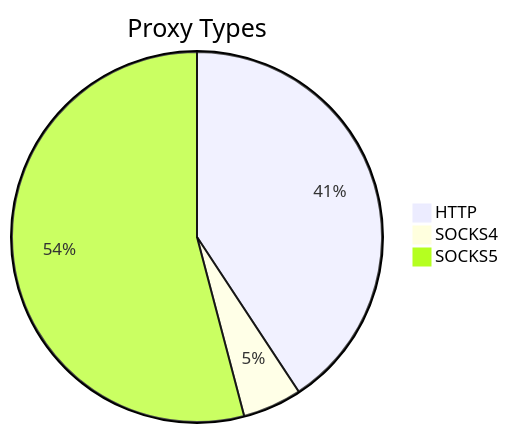
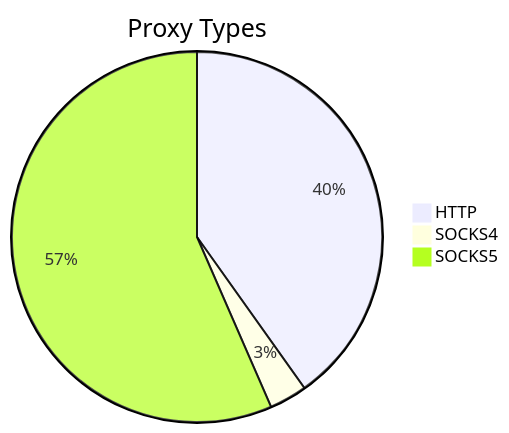
The first of 2 diagrams in README.md (stormsia/proxy-list), drawn with Mermaid before and after one commit. The commit also changed other lines of this file, not shown here.

````diff
--- a/README.md
+++ b/README.md
@@ -21,6 +21,6 @@
 ```mermaid
 pie title Proxy Types
-    "HTTP" : 308
-    "SOCKS4" : 39
-    "SOCKS5" : 409
+    "HTTP" : 451
+    "SOCKS4" : 37
+    "SOCKS5" : 635
 ```
````
